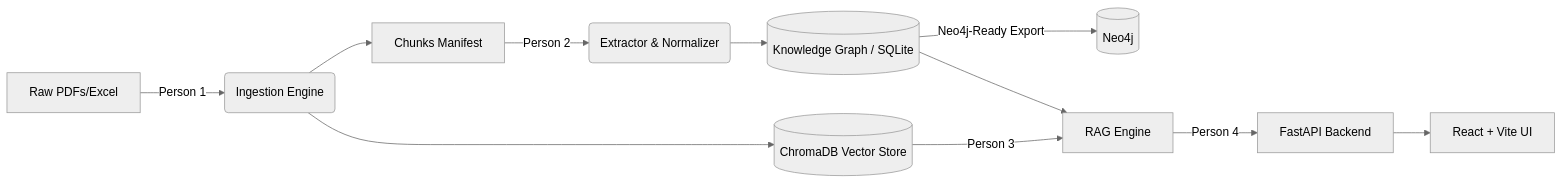
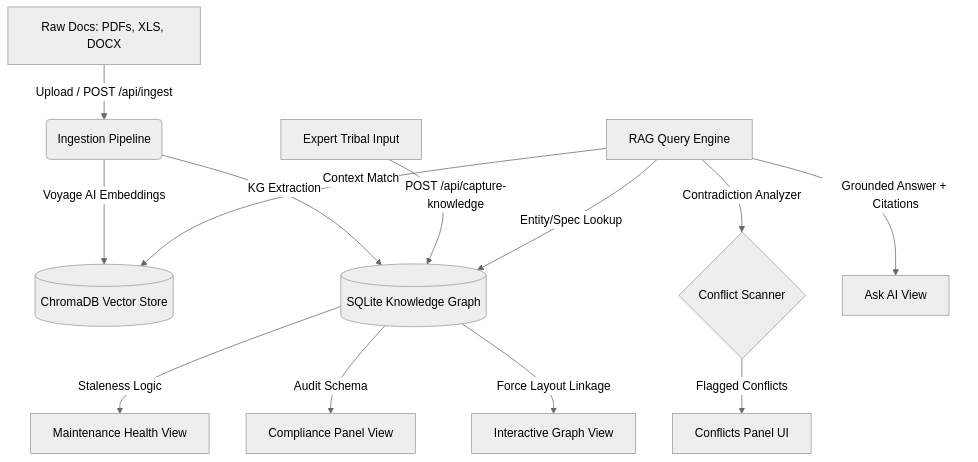
One commit to amrithasnidhi/OpsBrain2 changed the diagram in README.md. Above: the diagram before and after it, drawn with Mermaid (neutral theme). The commit also changed other lines of this file, not shown here.

````diff
--- a/README.md
+++ b/README.md
@@ -76,15 +63,19 @@
 ```mermaid
-graph LR
-    A[Raw PDFs/Excel] -->|Person 1| B(Ingestion Engine)
-    B --> C[(ChromaDB Vector Store)]
-    B --> D[Chunks Manifest]
-    D -->|Person 2| E(Extractor & Normalizer)
-    E --> F[(Knowledge Graph / SQLite)]
-    F -->|Neo4j-Ready Export| G[(Neo4j)]
-
-    C -->|Person 3| H[RAG Engine]
-    F --> H
-
-    H -->|Person 4| I[FastAPI Backend]
-    I --> J[React + Vite UI]
+graph TD
+    A[Raw Docs: PDFs, XLS, DOCX] -->|Upload / POST /api/ingest| B(Ingestion Pipeline)
+    B -->|Voyage AI Embeddings| C[(ChromaDB Vector Store)]
+    B -->|KG Extraction| D[(SQLite Knowledge Graph)]
+    
+    E[Expert Tribal Input] -->|POST /api/capture-knowledge| D
+    
+    F[RAG Query Engine] -->|Context Match| C
+    F -->|Entity/Spec Lookup| D
+    F -->|Contradiction Analyzer| G{Conflict Scanner}
+    
+    G -->|Flagged Conflicts| H[Conflicts Panel UI]
+    F -->|Grounded Answer + Citations| I[Ask AI View]
+    
+    D -->|Staleness Logic| J[Maintenance Health View]
+    D -->|Audit Schema| K[Compliance Panel View]
+    D -->|Force Layout Linkage| L[Interactive Graph View]
 ```
````
